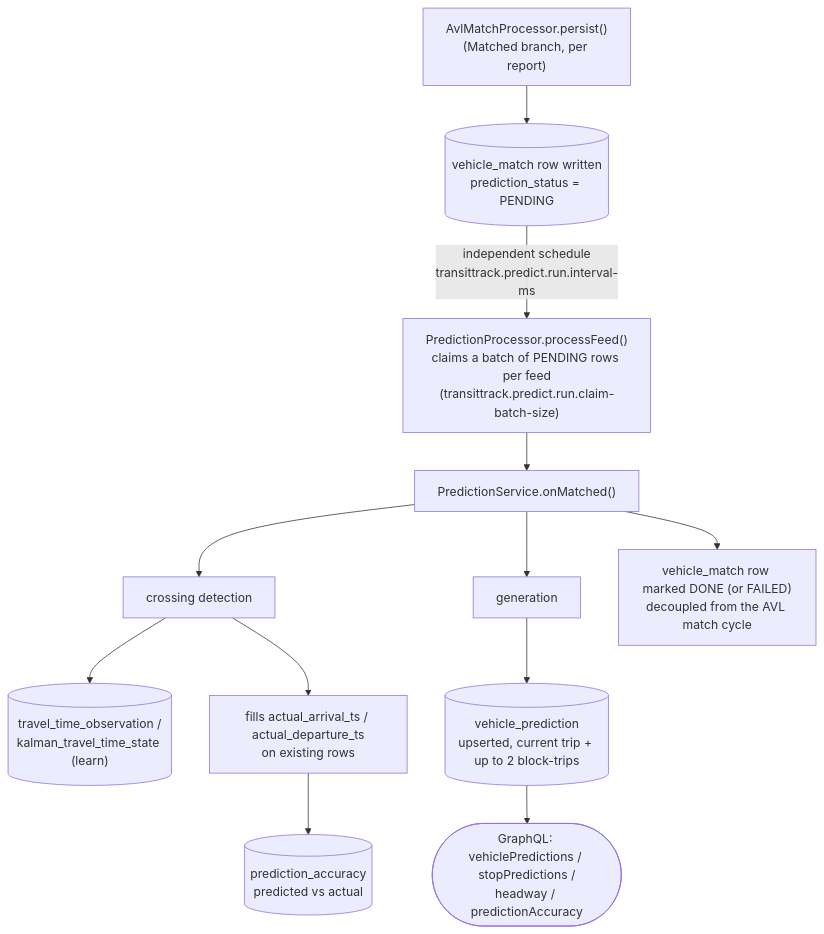
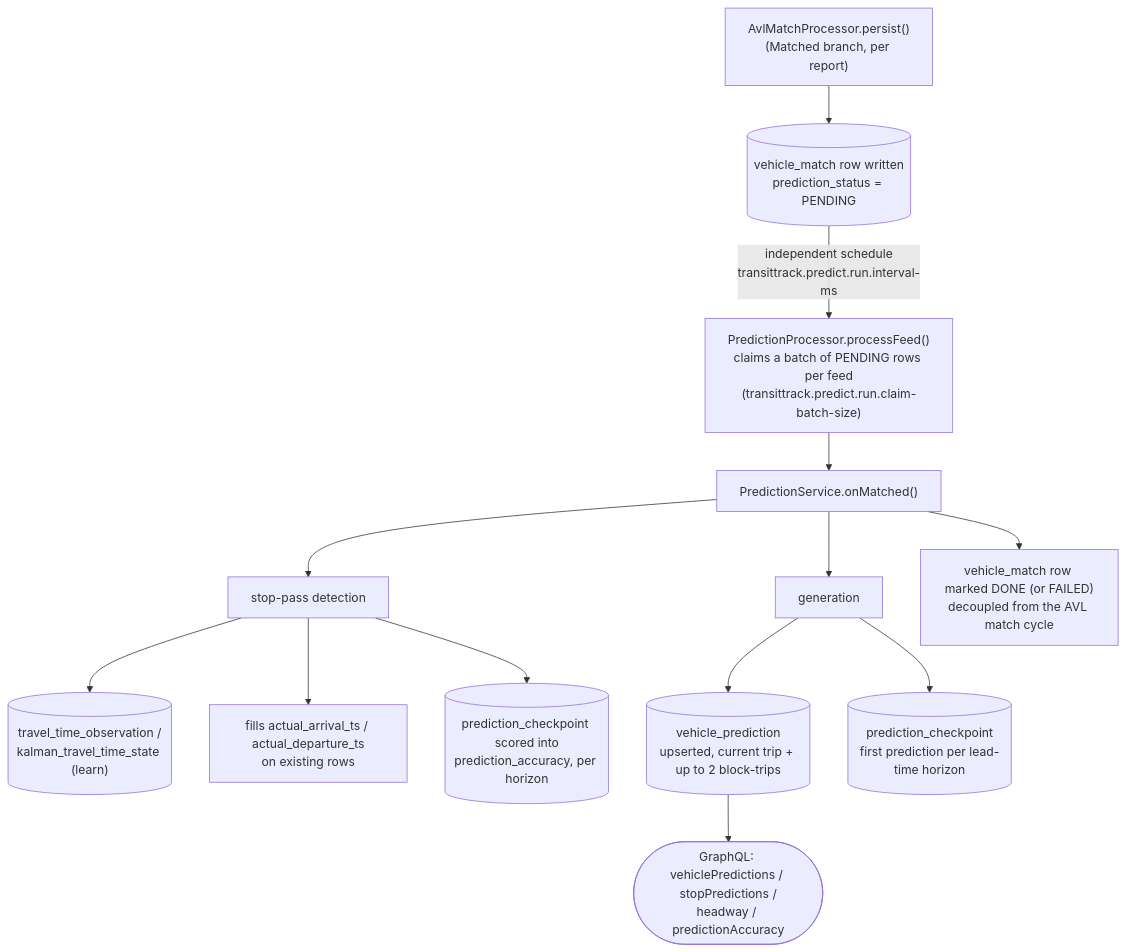
One commit to TransitTrack/lens changed the diagram in docs/predictions.md. Above: the diagram before and after it, drawn with Mermaid. The commit also changed other lines of this file and 34 other files, not shown here.

````diff
--- a/docs/predictions.md
+++ b/docs/predictions.md
@@ -15,17 +17,18 @@
 ```mermaid
 flowchart TD
     A["AvlMatchProcessor.persist()<br/>(Matched branch, per report)"] --> B[("vehicle_match row written<br/>prediction_status = PENDING")]
     B -->|"independent schedule<br/>transittrack.predict.run.interval-ms"| C["PredictionProcessor.processFeed()<br/>claims a batch of PENDING rows per feed<br/>(transittrack.predict.run.claim-batch-size)"]
     C --> D["PredictionService.onMatched()"]
 
-    D --> E["crossing detection"]
+    D --> E["stop-pass detection"]
     E --> F[("travel_time_observation /<br/>kalman_travel_time_state (learn)")]
     E --> G["fills actual_arrival_ts / actual_departure_ts<br/>on existing rows"]
-    G --> H[("prediction_accuracy<br/>predicted vs actual")]
+    E --> H[("prediction_checkpoint scored into<br/>prediction_accuracy, per horizon")]
 
     D --> I["generation"]
     I --> J[("vehicle_prediction<br/>upserted, current trip + up to 2 block-trips")]
+    I --> M[("prediction_checkpoint<br/>first prediction per lead-time horizon")]
     J --> K(["GraphQL: vehiclePredictions / stopPredictions /<br/>headway / predictionAccuracy"])
 
     D --> L["vehicle_match row marked DONE (or FAILED)<br/>decoupled from the AVL match cycle"]
 ```
````
